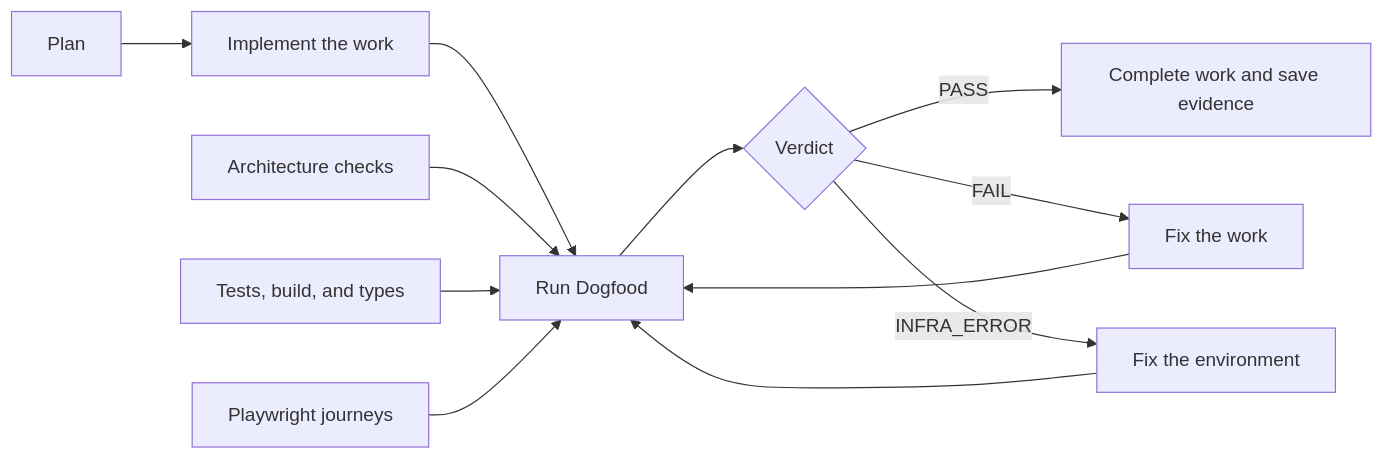
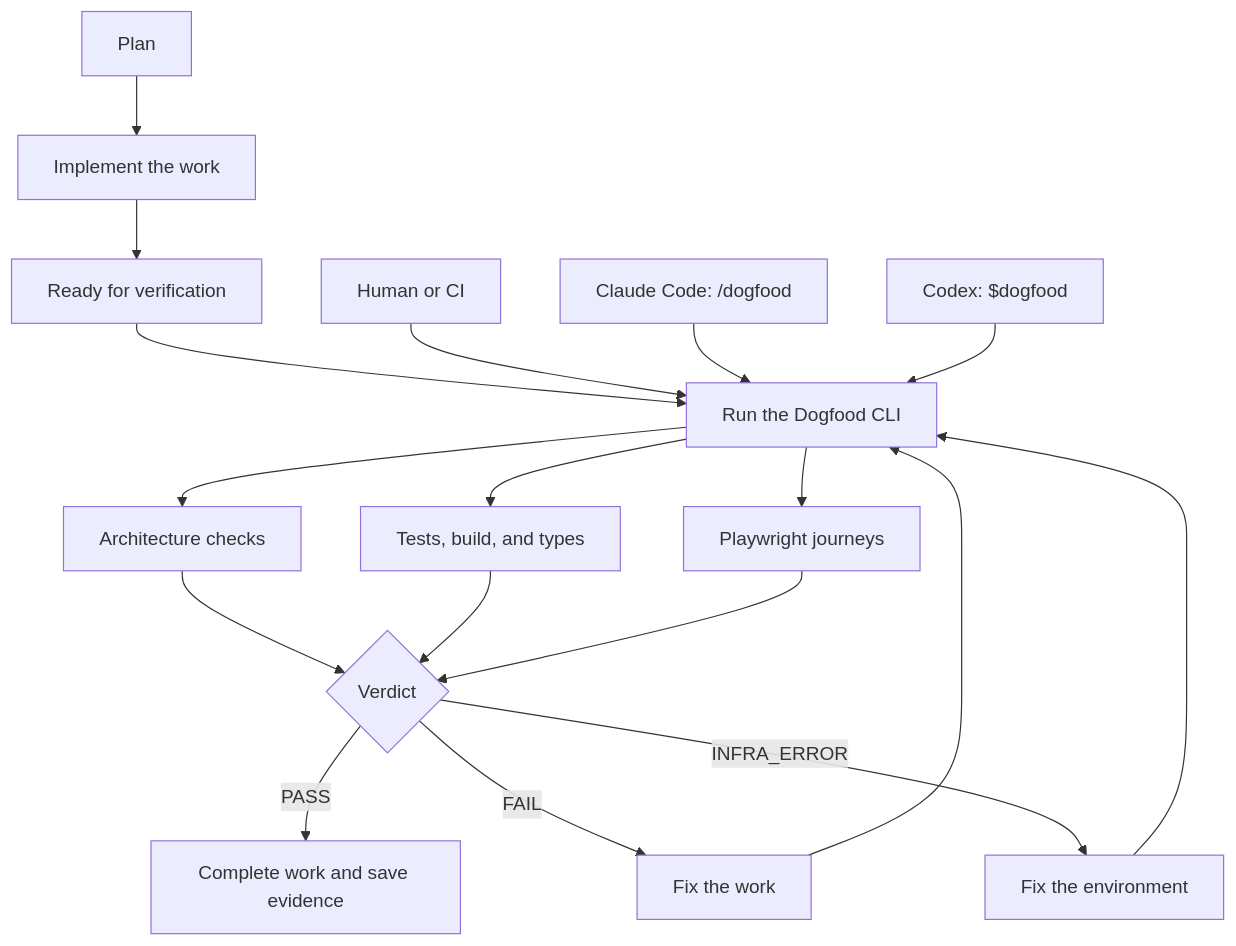
The diagram in README.md (proofofwork-agency/dogfood), drawn with Mermaid before and after one commit. The commit also changed other lines of this file, not shown here.

Commit message:
docs: show Claude and Codex in workflow diagram

````diff
--- a/README.md
+++ b/README.md
@@ -5,14 +5,23 @@
 ```mermaid
-flowchart LR
+flowchart TB
     A[Plan] --> B[Implement the work]
-    B --> C[Run Dogfood]
-    D[Architecture checks] --> C
-    E[Tests, build, and types] --> C
-    F[Playwright journeys] --> C
-    C --> G{Verdict}
-    G -->|PASS| H[Complete work and save evidence]
-    G -->|FAIL| I[Fix the work]
-    G -->|INFRA_ERROR| J[Fix the environment]
-    I --> C
-    J --> C
+    B --> C[Ready for verification]
+    C --> D[Run the Dogfood CLI]
+
+    H[Human or CI] --> D
+    CL[Claude Code: /dogfood] --> D
+    CO[Codex: $dogfood] --> D
+
+    D --> E[Architecture checks]
+    D --> F[Tests, build, and types]
+    D --> G[Playwright journeys]
+    E --> V{Verdict}
+    F --> V
+    G --> V
+
+    V -->|PASS| P[Complete work and save evidence]
+    V -->|FAIL| X[Fix the work]
+    V -->|INFRA_ERROR| Y[Fix the environment]
+    X --> D
+    Y --> D
 ```
````
